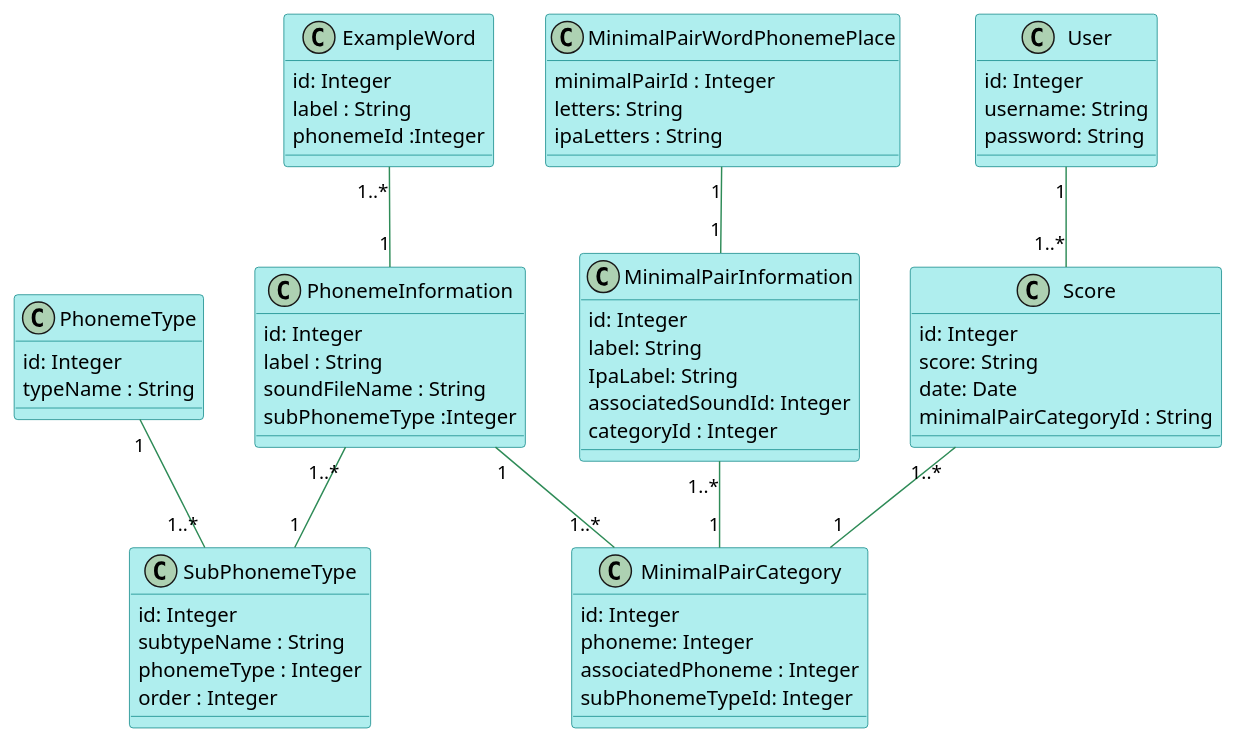
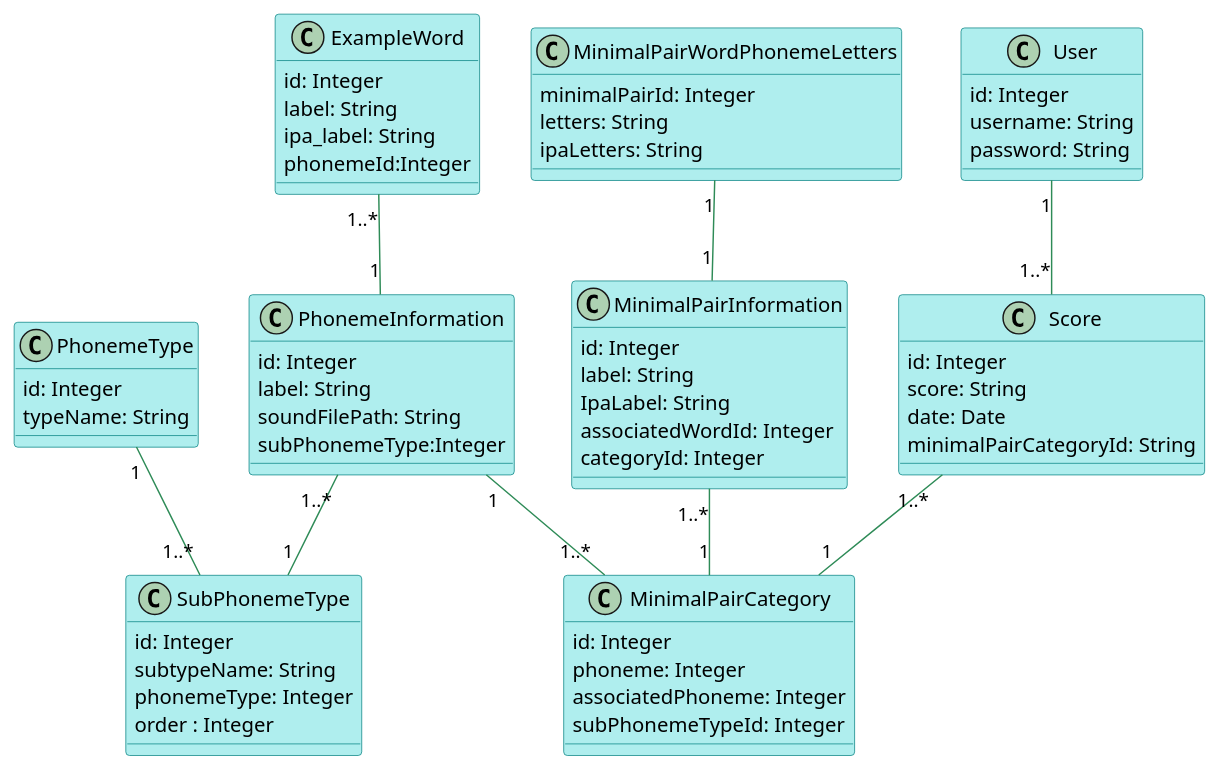
The diagram in diagrams/class_diagram.puml (clemenceclaireR/P13_VocalTrainerApp), drawn with PlantUML before and after one commit. The commit also changed 27 other files, not shown here.

```diff
--- a/diagrams/class_diagram.puml
+++ b/diagrams/class_diagram.puml
@@ -1,82 +1,83 @@
 @startuml
 
 skinparam class {
   BackgroundColor PaleTurquoise
   BorderColor Teal
   ArrowColor SeaGreen
 }
 
 class PhonemeType {
   id: Integer
-  typeName : String
+  typeName: String
 }
 
 class SubPhonemeType {
   id: Integer
-  subtypeName : String
-  phonemeType : Integer
+  subtypeName: String
+  phonemeType: Integer
   order : Integer
 }
 PhonemeType "1" -- "1..*" SubPhonemeType
 
 class PhonemeInformation {
   id: Integer
-  label : String
-  soundFileName : String
-  subPhonemeType :Integer
+  label: String
+  soundFilePath: String
+  subPhonemeType:Integer
 }
 PhonemeInformation "1..*" -- "1" SubPhonemeType
 
 class ExampleWord {
   id: Integer
-  label : String
-  phonemeId :Integer
+  label: String
+  ipa_label: String
+  phonemeId:Integer
 }
 
 ExampleWord "1..*"  -- "1" PhonemeInformation
 
 class MinimalPairCategory {
   id: Integer
   phoneme: Integer
-  associatedPhoneme : Integer
+  associatedPhoneme: Integer
   subPhonemeTypeId: Integer
 }
 
 PhonemeInformation "1" -- "1..*" MinimalPairCategory
 
 class MinimalPairInformation {
   id: Integer
   label: String
   IpaLabel: String
-  associatedSoundId: Integer
-  categoryId : Integer
+  associatedWordId: Integer
+  categoryId: Integer
 }
 
 MinimalPairInformation "1..*" -- "1" MinimalPairCategory
 
-class MinimalPairWordPhonemePlace {
-  minimalPairId : Integer
+class MinimalPairWordPhonemeLetters {
+  minimalPairId: Integer
   letters: String
-  ipaLetters : String
+  ipaLetters: String
 }
 
-MinimalPairWordPhonemePlace "1" -- "1" MinimalPairInformation
+MinimalPairWordPhonemeLetters "1" -- "1" MinimalPairInformation
 
 class Score {
   id: Integer
   score: String
   date: Date
-  minimalPairCategoryId : String
+  minimalPairCategoryId: String
 }
 
 Score "1..*" -- "1" MinimalPairCategory
 
 class User {
   id: Integer
   username: String
   password: String
 }
 
 User "1" -- "1..*" Score
 
 @enduml
```
